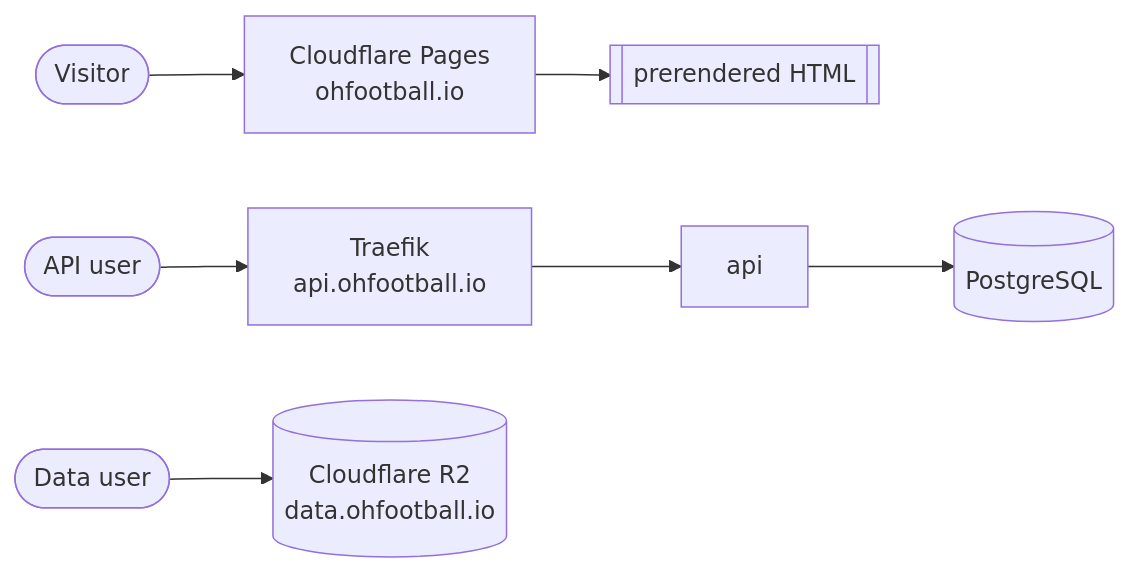
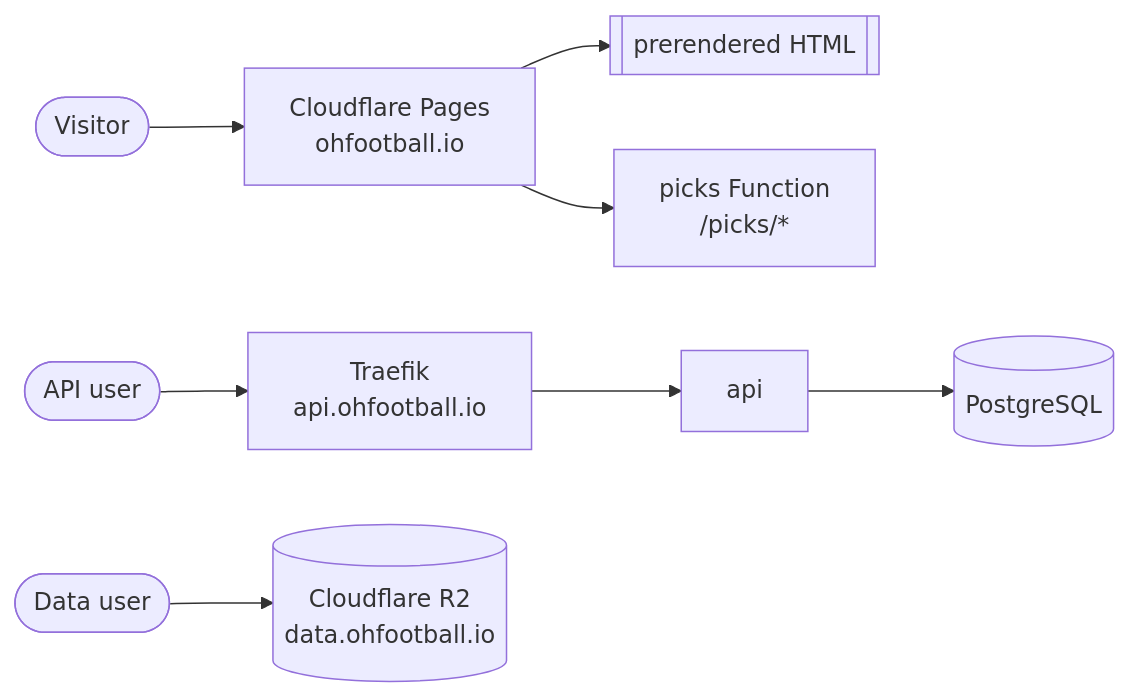
One commit to StephenODea54/ohfootball.io changed the fourth of 4 diagrams in docs/architecture.md. Above: the diagram before and after it, drawn with Mermaid. The commit also changed other lines of this file and 34 other files, not shown here.

````diff
--- a/docs/architecture.md
+++ b/docs/architecture.md
@@ -240,6 +244,7 @@
 ```mermaid
 flowchart LR
     visitor(["Visitor"]) --> pages["Cloudflare Pages<br/>ohfootball.io"] --> files[["prerendered HTML"]]
+    pages --> function["picks Function<br/>/picks/*"]
     caller(["API user"]) --> proxy["Traefik<br/>api.ohfootball.io"] --> api["api"] --> warehouse[("PostgreSQL")]
     reader(["Data user"]) --> r2[("Cloudflare R2<br/>data.ohfootball.io")]
 ```
````
